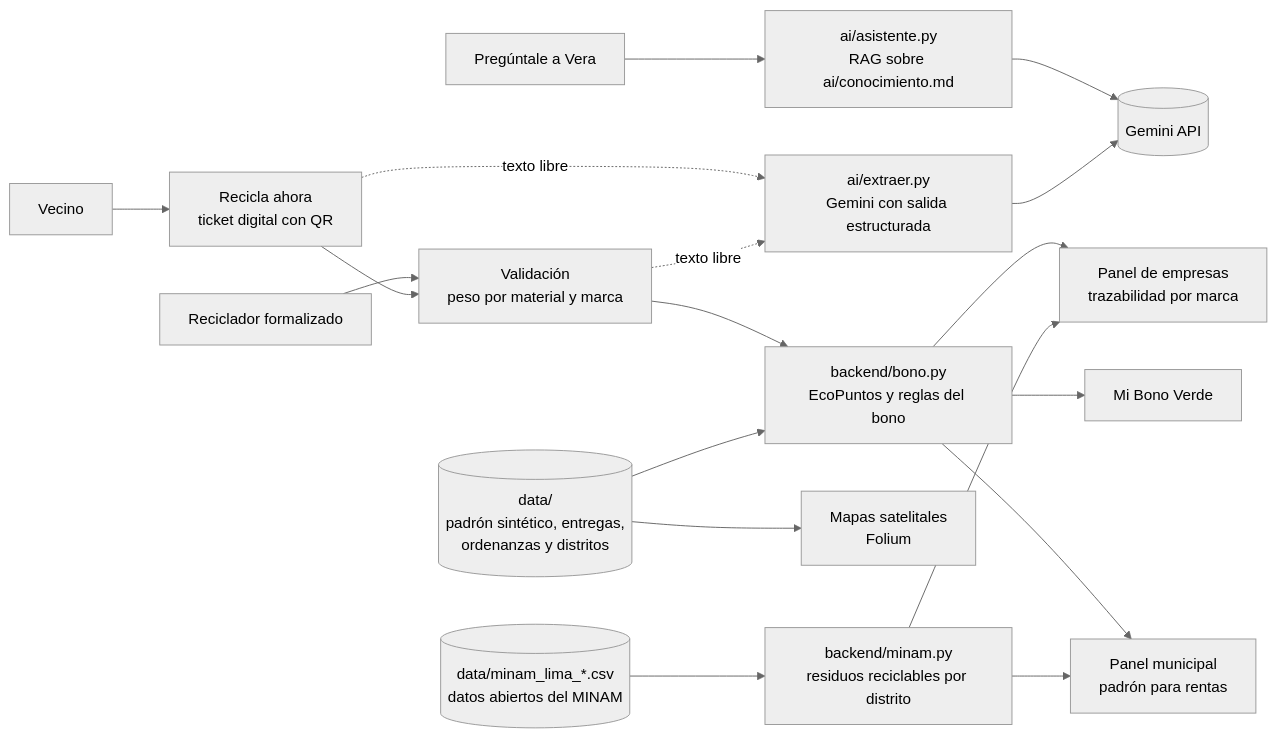
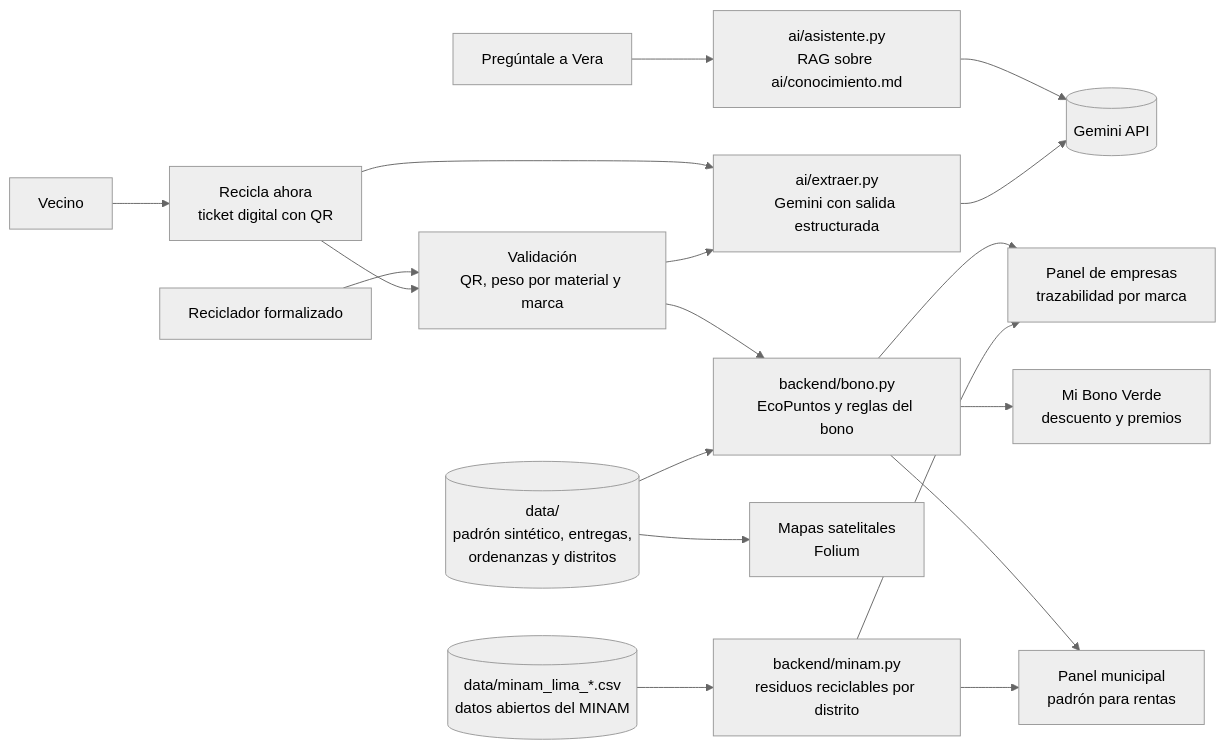
Before and after one commit to anakaren-zl/minka: the diagram in README.md, drawn with Mermaid (neutral theme). The commit also changed other lines of this file and 8 other files, not shown here.

````diff
--- a/README.md
+++ b/README.md
@@ -128,20 +174,20 @@
 ```mermaid
 flowchart LR
     V["Vecino"] --> R["Recicla ahora<br/>ticket digital con QR"]
-    RE["Reciclador formalizado"] --> VA["Validación<br/>peso por material y marca"]
+    RE["Reciclador formalizado"] --> VA["Validación<br/>QR, peso por material y marca"]
     R --> VA
     VA --> B["backend/bono.py<br/>EcoPuntos y reglas del bono"]
     B --> M["Panel municipal<br/>padrón para rentas"]
     B --> E["Panel de empresas<br/>trazabilidad por marca"]
-    B --> MB["Mi Bono Verde"]
-    R -. "texto libre" .-> X["ai/extraer.py<br/>Gemini con salida estructurada"]
-    VA -. "texto libre" .-> X
+    B --> MB["Mi Bono Verde<br/>descuento y premios"]
+    R --> X["ai/extraer.py<br/>Gemini con salida estructurada"]
+    VA --> X
     VE["Pregúntale a Vera"] --> RAG["ai/asistente.py<br/>RAG sobre ai/conocimiento.md"]
     RAG --> G[("Gemini API")]
     X --> G
     D[("data/<br/>padrón sintético, entregas,<br/>ordenanzas y distritos")] --> B
     D --> MAP["Mapas satelitales<br/>Folium"]
     MN[("data/minam_lima_*.csv<br/>datos abiertos del MINAM")] --> MI["backend/minam.py<br/>residuos reciclables por distrito"]
     MI --> M
     MI --> E
 ```
````
